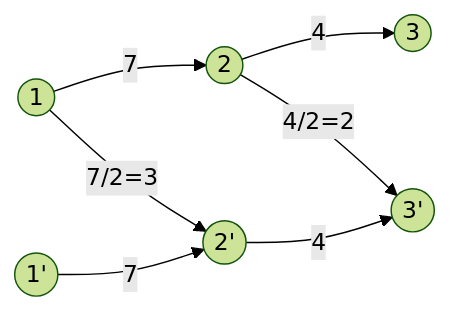
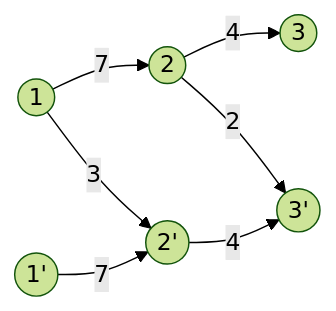
One commit to almeidaraul/almeidaraul.github.io changed the fourth of 5 diagrams in _posts/2023-11-23-graph.md. Above: the diagram before and after it, drawn with Mermaid (forest theme). The commit also changed other lines of this file and 1 other file, not shown here.

```diff
--- a/_posts/2023-11-23-graph.md
+++ b/_posts/2023-11-23-graph.md
@@ -181,9 +181,9 @@
 {% mermaid %}
 graph LR
     id1((1))  -->|7| id2((2))
     id2((2))  -->|4| id3((3))
     id11((1')) -->|7| id21((2'))
     id21((2')) -->|4| id31((3'))
-    id1((1))  -->|7/2=3| id21((2'))
-    id2((2))  -->|4/2=2| id31((3'))
+    id1((1))  -->|3| id21((2'))
+    id2((2))  -->|2| id31((3'))
 {% endmermaid %}
```
